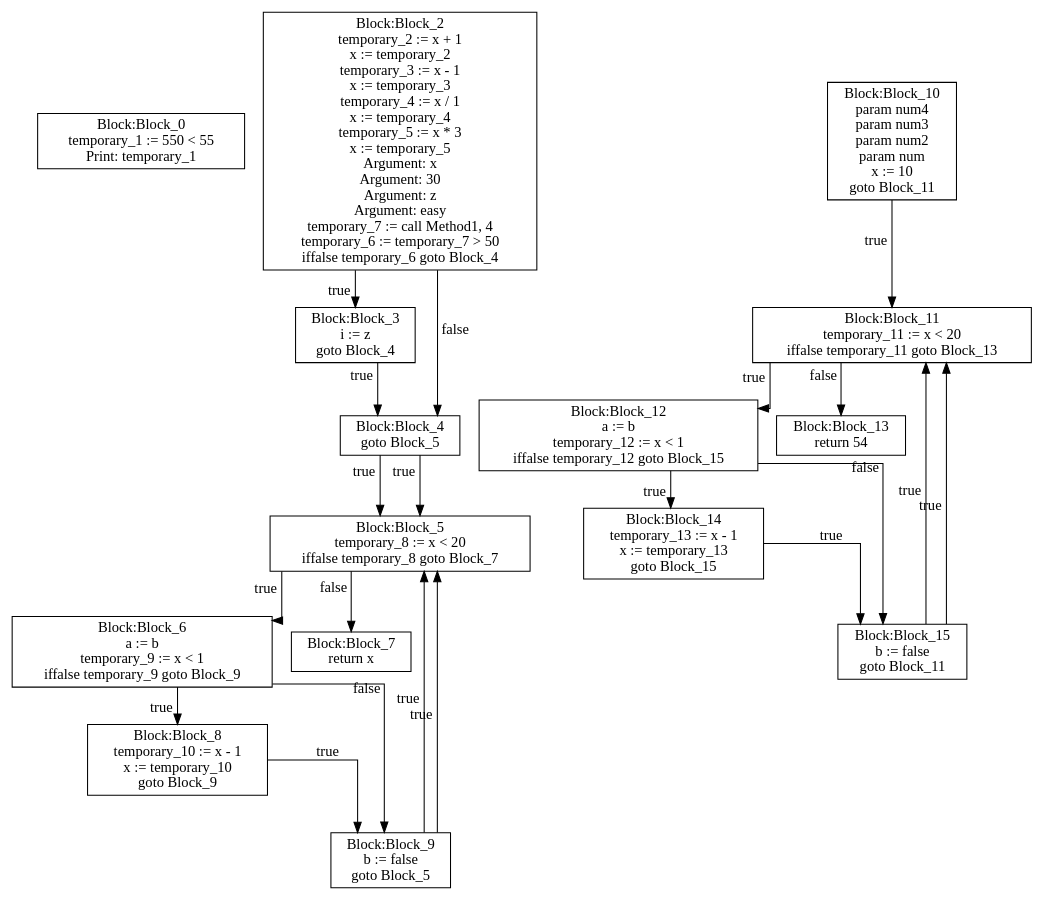
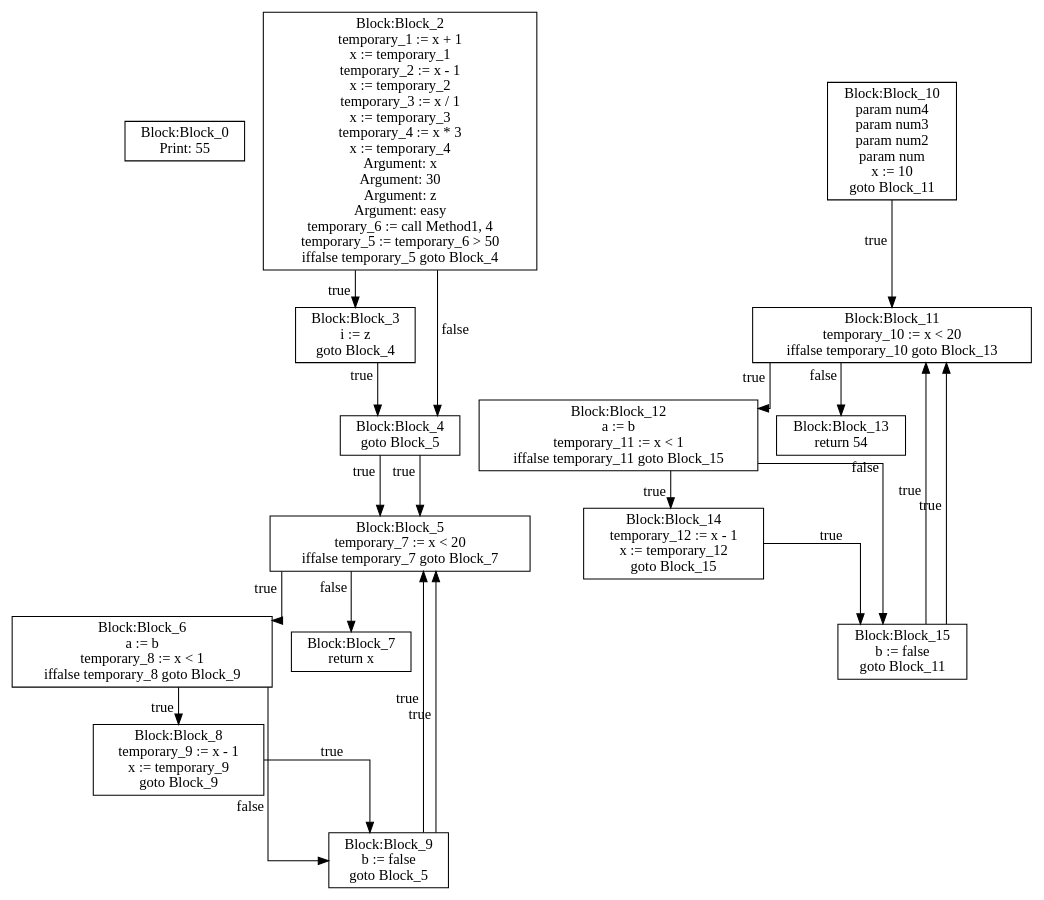
One commit to moondog-matthew/compiler-dv1655 changed the diagram in lab3/CFG-tree.dot. Above: the diagram before and after it, drawn with Graphviz. The commit also changed 4 other files, not shown here.

```diff
--- a/lab3/CFG-tree.dot
+++ b/lab3/CFG-tree.dot
@@ -1,95 +1,94 @@
 digraph {
 graph [ splines = ortho ]
 	node [ shape = box ];
 Block_0 [label="Block:Block_0
-temporary_1 := 550 < 55
-Print: temporary_1"];
+Print: 55"];
 Block_2 [label="Block:Block_2
-temporary_2 := x + 1
+temporary_1 := x + 1
+x := temporary_1
+temporary_2 := x - 1
 x := temporary_2
-temporary_3 := x - 1
+temporary_3 := x / 1
 x := temporary_3
-temporary_4 := x / 1
+temporary_4 := x * 3
 x := temporary_4
-temporary_5 := x * 3
-x := temporary_5
 Argument: x
 Argument: 30
 Argument: z
 Argument: easy
-temporary_7 := call Method1, 4
-temporary_6 := temporary_7 > 50
-iffalse temporary_6 goto Block_4"];
+temporary_6 := call Method1, 4
+temporary_5 := temporary_6 > 50
+iffalse temporary_5 goto Block_4"];
 Block_2 -> Block_3 [xlabel = "true"]
 Block_3 [label="Block:Block_3
 i := z
 goto Block_4"];
 Block_3 -> Block_4 [xlabel = "true"]
 Block_4 [label="Block:Block_4
 goto Block_5"];
 Block_4 -> Block_5 [xlabel = "true"]
 Block_5 [label="Block:Block_5
-temporary_8 := x < 20
-iffalse temporary_8 goto Block_7"];
+temporary_7 := x < 20
+iffalse temporary_7 goto Block_7"];
 Block_5 -> Block_6 [xlabel = "true"]
 Block_6 [label="Block:Block_6
 a := b
-temporary_9 := x < 1
-iffalse temporary_9 goto Block_9"];
+temporary_8 := x < 1
+iffalse temporary_8 goto Block_9"];
 Block_6 -> Block_8 [xlabel = "true"]
 Block_8 [label="Block:Block_8
-temporary_10 := x - 1
-x := temporary_10
+temporary_9 := x - 1
+x := temporary_9
 goto Block_9"];
 Block_8 -> Block_9 [xlabel = "true"]
 Block_9 [label="Block:Block_9
 b := false
 goto Block_5"];
 Block_9 -> Block_5 [xlabel = "true"]
 Block_6 -> Block_9 [xlabel = "false"]
 Block_9 [label="Block:Block_9
 b := false
 goto Block_5"];
 Block_9 -> Block_5 [xlabel = "true"]
 Block_5 -> Block_7 [xlabel = "false"]
 Block_7 [label="Block:Block_7
 return x"];
 Block_2 -> Block_4 [xlabel = "false"]
 Block_4 [label="Block:Block_4
 goto Block_5"];
 Block_4 -> Block_5 [xlabel = "true"]
 Block_10 [label="Block:Block_10
 param num4
 param num3
 param num2
 param num
 x := 10
 goto Block_11"];
 Block_10 -> Block_11 [xlabel = "true"]
 Block_11 [label="Block:Block_11
-temporary_11 := x < 20
-iffalse temporary_11 goto Block_13"];
+temporary_10 := x < 20
+iffalse temporary_10 goto Block_13"];
 Block_11 -> Block_12 [xlabel = "true"]
 Block_12 [label="Block:Block_12
 a := b
-temporary_12 := x < 1
-iffalse temporary_12 goto Block_15"];
+temporary_11 := x < 1
+iffalse temporary_11 goto Block_15"];
 Block_12 -> Block_14 [xlabel = "true"]
 Block_14 [label="Block:Block_14
-temporary_13 := x - 1
-x := temporary_13
+temporary_12 := x - 1
+x := temporary_12
 goto Block_15"];
 Block_14 -> Block_15 [xlabel = "true"]
 Block_15 [label="Block:Block_15
 b := false
 goto Block_11"];
 Block_15 -> Block_11 [xlabel = "true"]
 Block_12 -> Block_15 [xlabel = "false"]
 Block_15 [label="Block:Block_15
 b := false
 goto Block_11"];
 Block_15 -> Block_11 [xlabel = "true"]
 Block_11 -> Block_13 [xlabel = "false"]
 Block_13 [label="Block:Block_13
 return 54"];
 }
```
